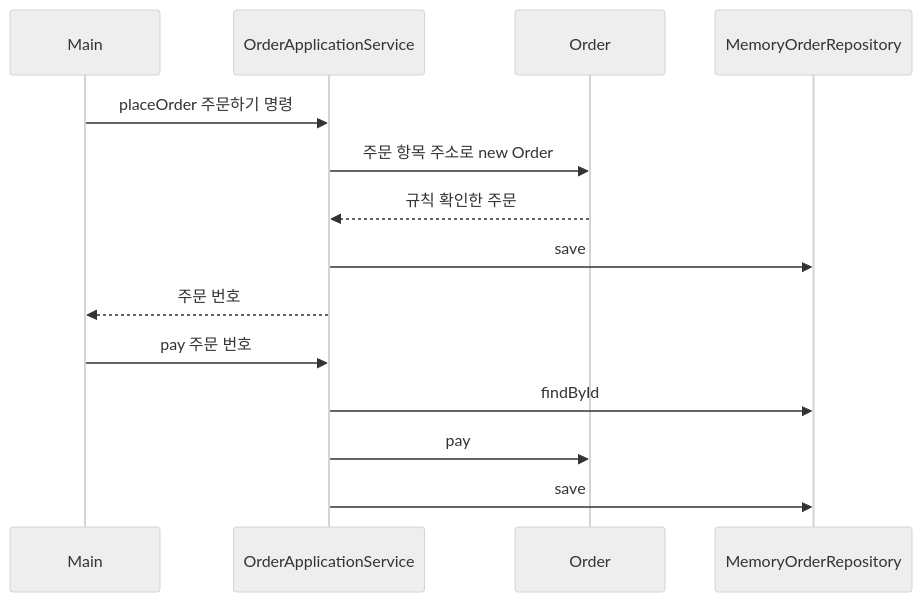
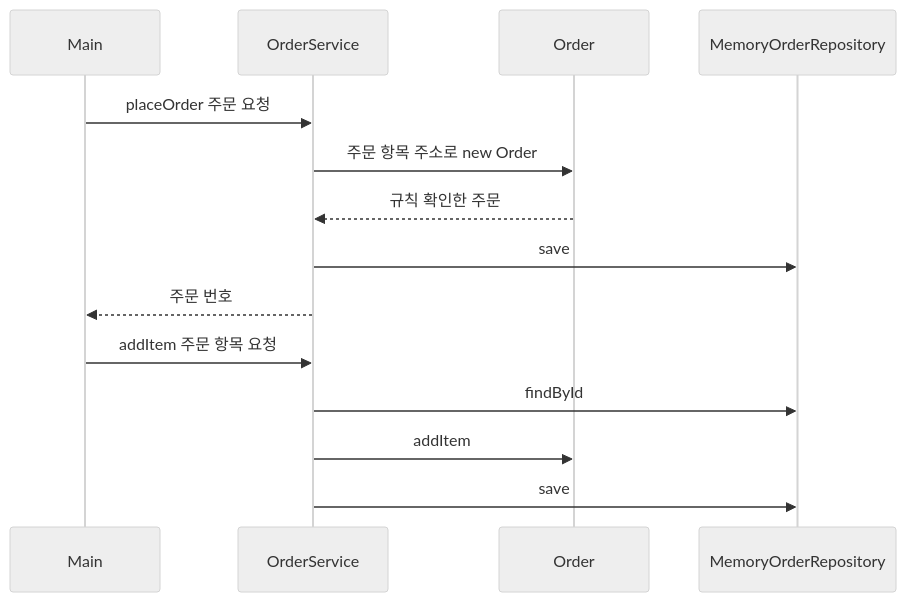
The diagram in .projectcode/chapters/place-order/diagrams/flow.md (busan-bank-2026/ddd-example), drawn with Mermaid (neutral theme) before and after one commit. The commit also changed other lines of this file and 12 other files, not shown here.

First line of the commit message:
[place-order] 수정 완료

````diff
--- a/.projectcode/chapters/place-order/diagrams/flow.md
+++ b/.projectcode/chapters/place-order/diagrams/flow.md
@@ -3,16 +3,16 @@
 ```mermaid
 sequenceDiagram
   participant M as Main
-  participant S as OrderApplicationService
+  participant S as OrderService
   participant O as Order
   participant R as MemoryOrderRepository
-  M->>S: placeOrder 주문하기 명령
+  M->>S: placeOrder 주문 요청
   S->>O: 주문 항목 주소로 new Order
   O-->>S: 규칙 확인한 주문
   S->>R: save
   S-->>M: 주문 번호
-  M->>S: pay 주문 번호
+  M->>S: addItem 주문 항목 요청
   S->>R: findById
-  S->>O: pay
+  S->>O: addItem
   S->>R: save
 ```
````
